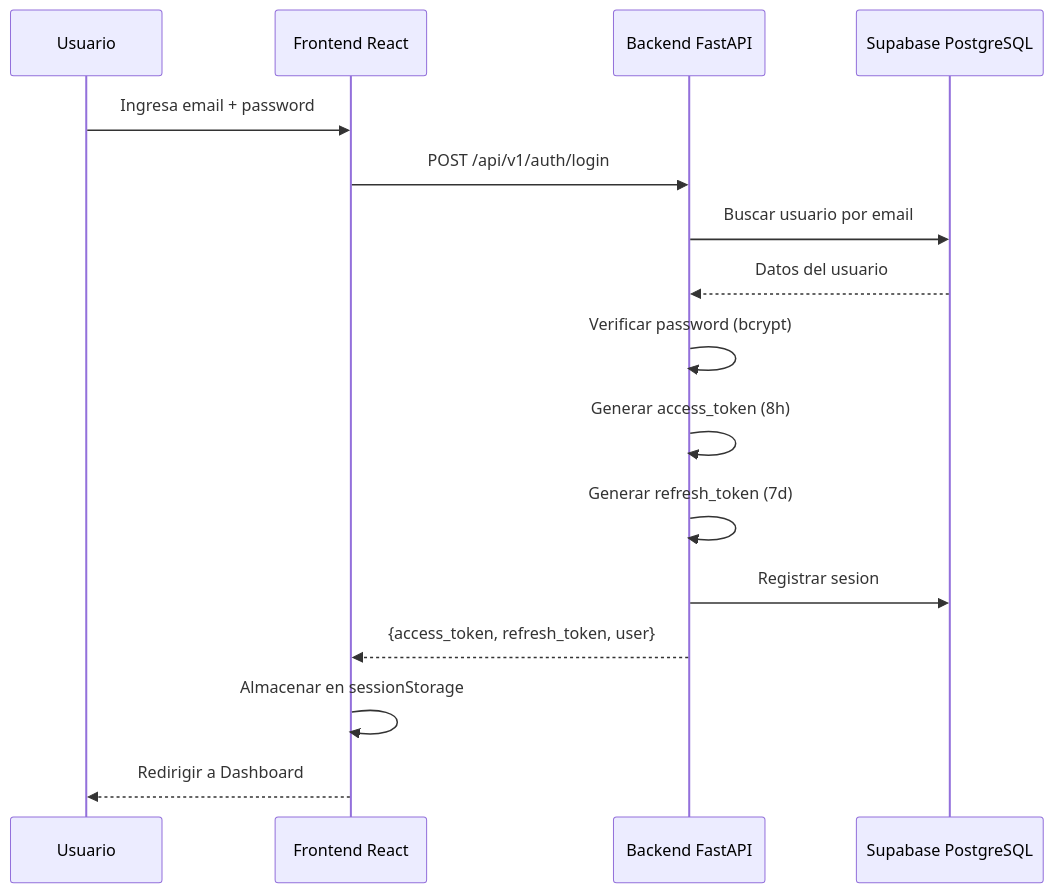
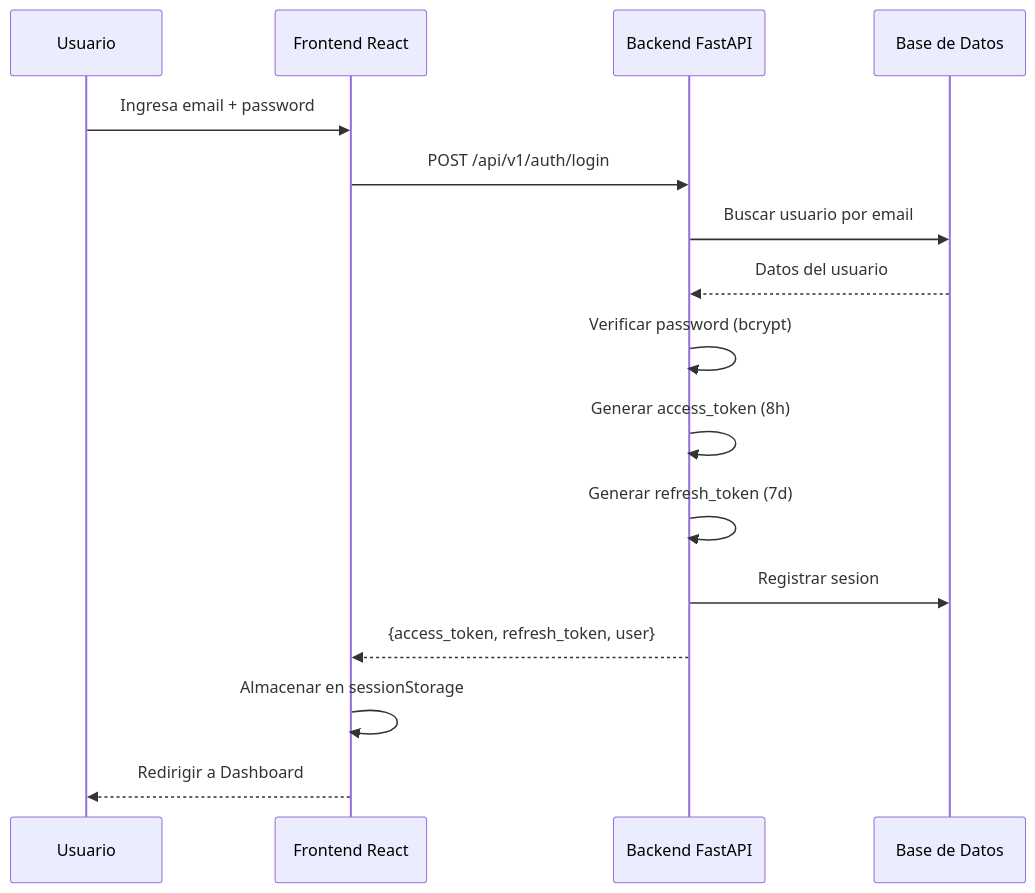
One commit to mrwil82/SIGAI-SES changed the diagram in ENTREGABLES_SIGAI_SES/01_DOCUMENTACION_TECNICA/ARQUITECTURA/images/flow_6.mmd. Above: the diagram before and after it, drawn with Mermaid. The commit also changed 13 other files, not shown here.

```diff
--- a/ENTREGABLES_SIGAI_SES/01_DOCUMENTACION_TECNICA/ARQUITECTURA/images/flow_6.mmd
+++ b/ENTREGABLES_SIGAI_SES/01_DOCUMENTACION_TECNICA/ARQUITECTURA/images/flow_6.mmd
@@ -1,17 +1,17 @@
 sequenceDiagram
     participant U as Usuario
     participant F as Frontend React
     participant B as Backend FastAPI
-    participant D as Supabase PostgreSQL
+    participant D as Base de Datos
 
     U->>F: Ingresa email + password
     F->>B: POST /api/v1/auth/login
     B->>D: Buscar usuario por email
     D-->>B: Datos del usuario
     B->>B: Verificar password (bcrypt)
     B->>B: Generar access_token (8h)
     B->>B: Generar refresh_token (7d)
     B->>D: Registrar sesion
     B-->>F: {access_token, refresh_token, user}
     F->>F: Almacenar en sessionStorage
     F-->>U: Redirigir a Dashboard
```
